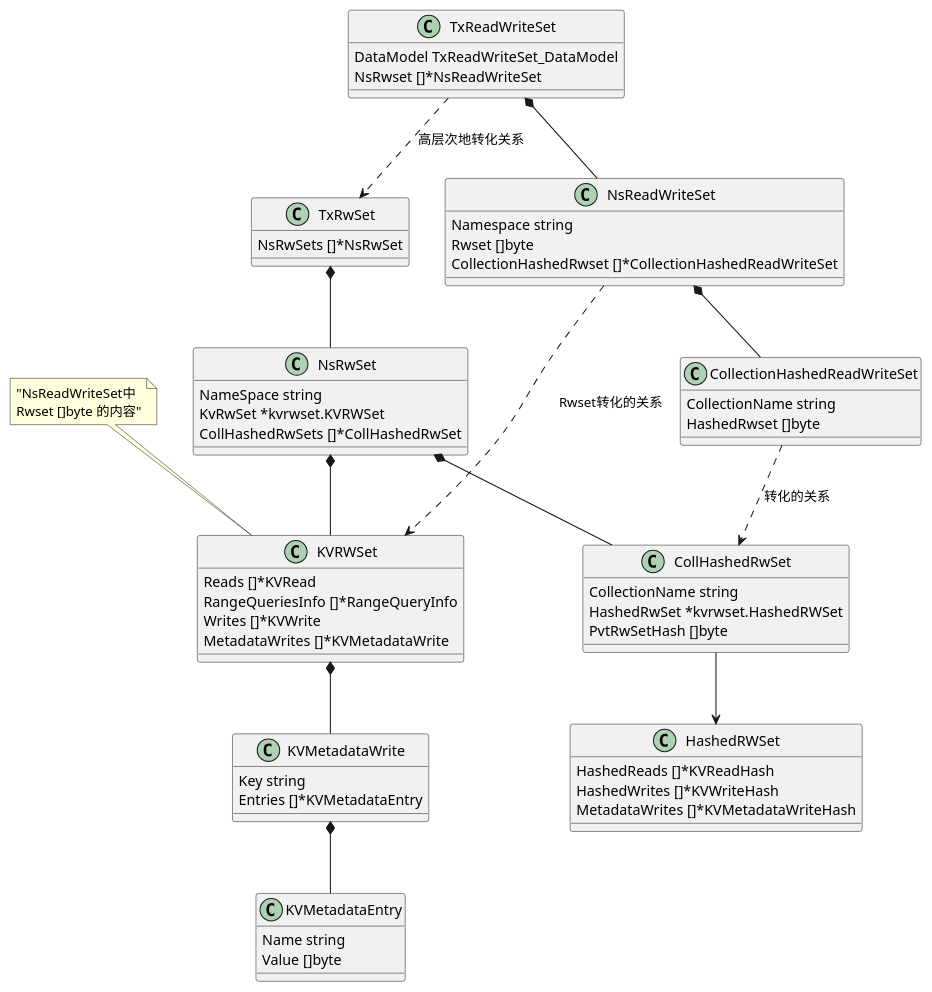
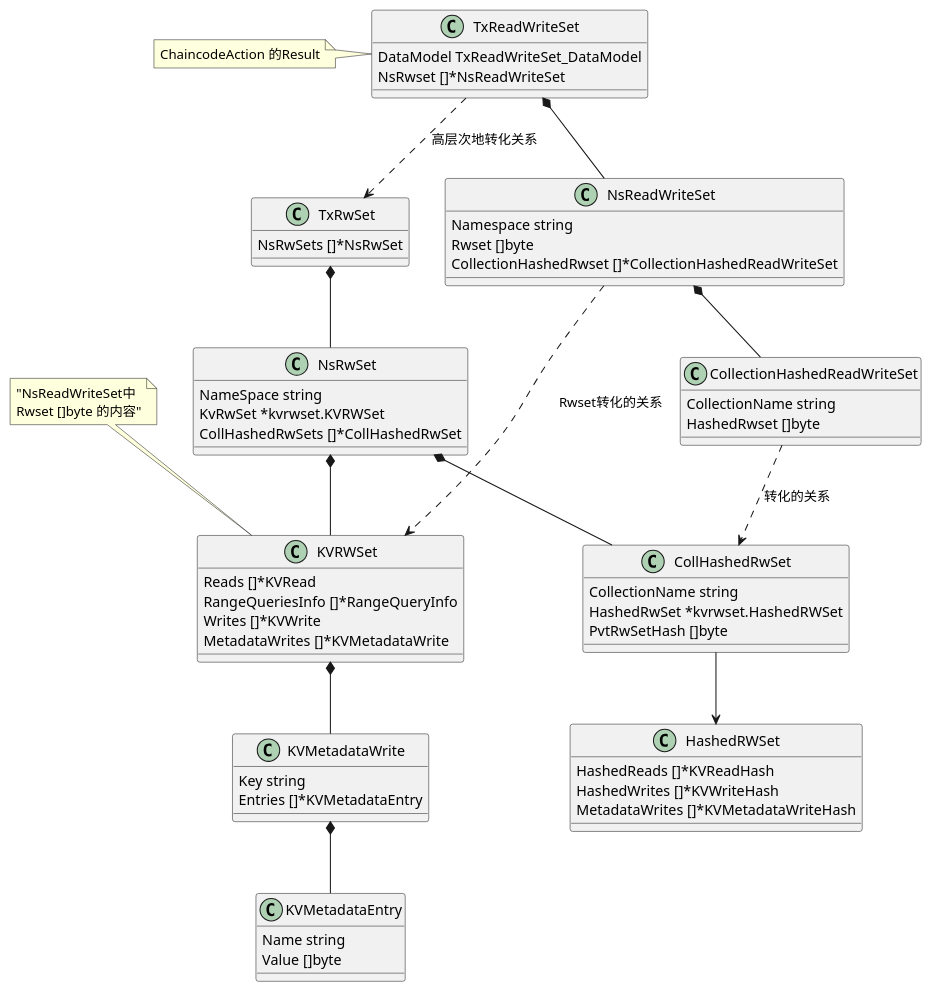
Before and after one commit to ping40/fabric: the diagram in learning/rwset.puml, drawn with PlantUML. The commit also changed 34 other files, not shown here.

```diff
--- a/learning/rwset.puml
+++ b/learning/rwset.puml
@@ -1,79 +1,80 @@
 @startuml
 
 class TxReadWriteSet {
  DataModel TxReadWriteSet_DataModel
  NsRwset []*NsReadWriteSet
 }
 
+note left of TxReadWriteSet :ChaincodeAction 的Result
 class NsReadWriteSet {
  Namespace string
  Rwset []byte
  CollectionHashedRwset []*CollectionHashedReadWriteSet
 }
 
 TxReadWriteSet *-- NsReadWriteSet
 
 
 class KVRWSet {
 	Reads []*KVRead
 	RangeQueriesInfo []*RangeQueryInfo
 	Writes []*KVWrite
 	MetadataWrites []*KVMetadataWrite
 }
 
 NsReadWriteSet ..> KVRWSet : Rwset转化的关系
 note top of KVRWSet: "NsReadWriteSet中\nRwset []byte 的内容"
 
 class CollectionHashedReadWriteSet {
 	CollectionName string 
 	HashedRwset []byte
 }
 NsReadWriteSet *-- CollectionHashedReadWriteSet
 
 class CollHashedRwSet {
 	CollectionName string
 	HashedRwSet *kvrwset.HashedRWSet
 	PvtRwSetHash []byte
 }
 
 CollectionHashedReadWriteSet ..> CollHashedRwSet : 转化的关系
 
 class TxRwSet {
 	NsRwSets []*NsRwSet
 }
 
 class NsRwSet {
 	NameSpace string
 	KvRwSet *kvrwset.KVRWSet
 	CollHashedRwSets []*CollHashedRwSet
 }
 TxRwSet *-- NsRwSet
 NsRwSet *-- KVRWSet
 TxReadWriteSet ..> TxRwSet :高层次地转化关系
 
 NsRwSet *-- CollHashedRwSet
 
 
 class HashedRWSet {
 	HashedReads []*KVReadHash 
 	HashedWrites []*KVWriteHash 
 	MetadataWrites []*KVMetadataWriteHash 
 }
 
 CollHashedRwSet --> HashedRWSet
 
 
 class KVMetadataWrite {
 	Key string
 	Entries []*KVMetadataEntry
 }
 KVRWSet *-- KVMetadataWrite
 
 
 class KVMetadataEntry {
 	Name string
 	Value []byte
 }
 KVMetadataWrite *-- KVMetadataEntry
 
 @enduml
```
